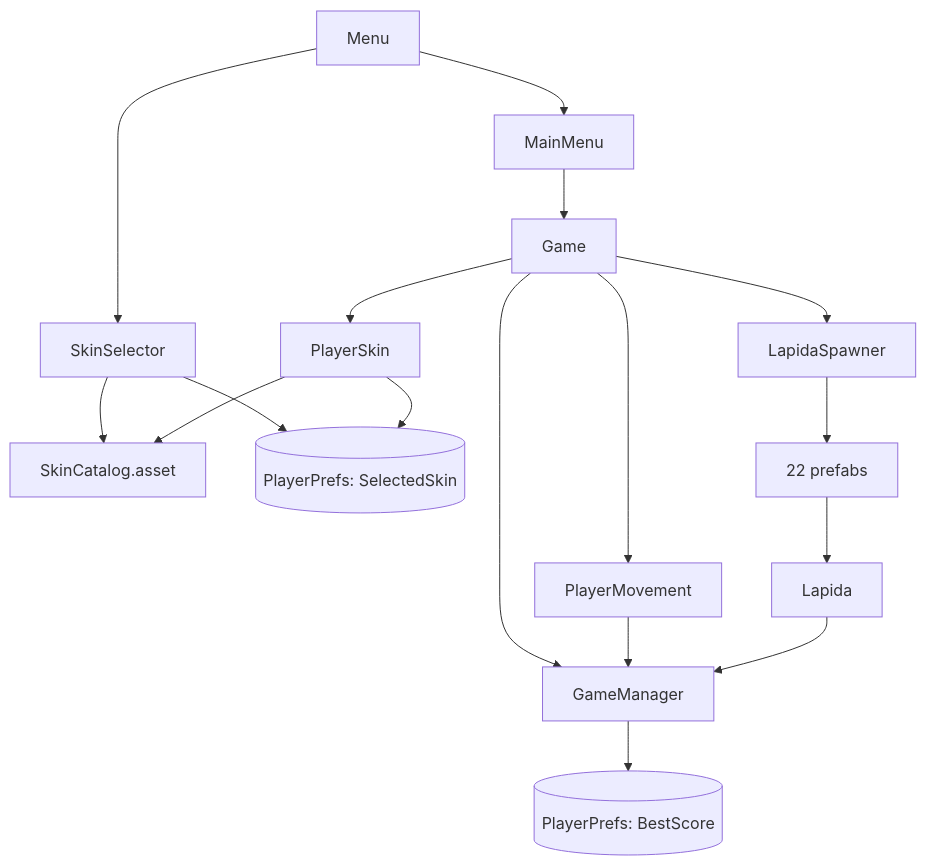
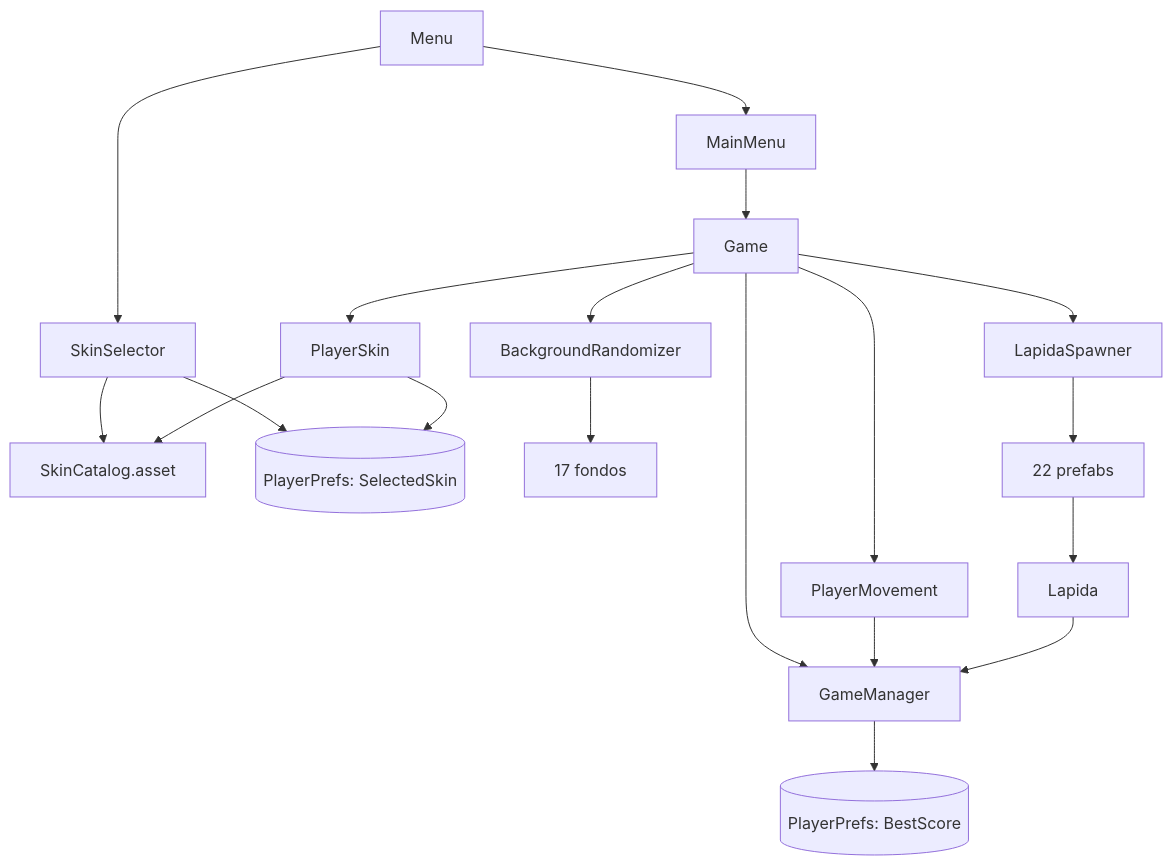
The diagram in .docs/DOCUMENTACION_TECNICA.md (AlexAviles345/Escape_Calaverita), drawn with Mermaid before and after one commit. The commit also changed other lines of this file and 37 other files, not shown here.

````diff
--- a/.docs/DOCUMENTACION_TECNICA.md
+++ b/.docs/DOCUMENTACION_TECNICA.md
@@ -29,19 +29,21 @@
 ```mermaid
 flowchart TD
     Menu[Menu] --> MainMenu[MainMenu]
     Menu --> Selector[SkinSelector]
     Selector --> Catalog[SkinCatalog.asset]
     Selector --> SkinPrefs[(PlayerPrefs: SelectedSkin)]
     MainMenu --> Game[Game]
     Game --> GM[GameManager]
     Game --> Player[PlayerMovement]
     Game --> PlayerSkin[PlayerSkin]
+    Game --> BackgroundRandomizer[BackgroundRandomizer]
+    BackgroundRandomizer --> Backgrounds[17 fondos]
     Game --> Spawner[LapidaSpawner]
     PlayerSkin --> Catalog
     PlayerSkin --> SkinPrefs
     Spawner --> Obstacles[22 prefabs]
     Obstacles --> Lapida[Lapida]
     Player --> GM
     Lapida --> GM
     GM --> ScorePrefs[(PlayerPrefs: BestScore)]
 ```
````
